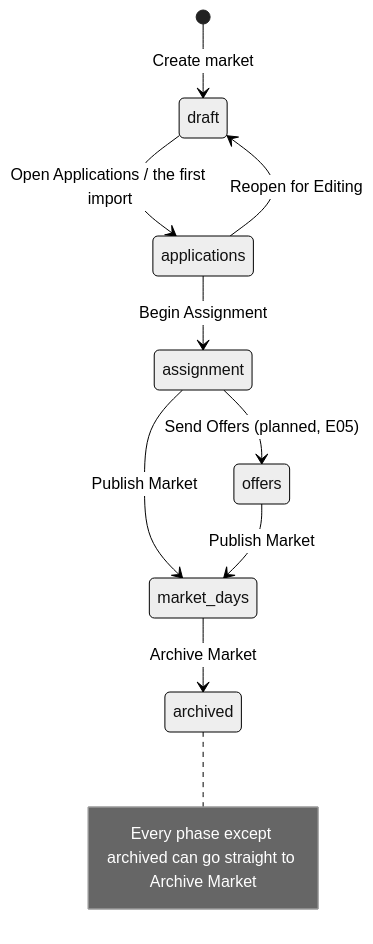
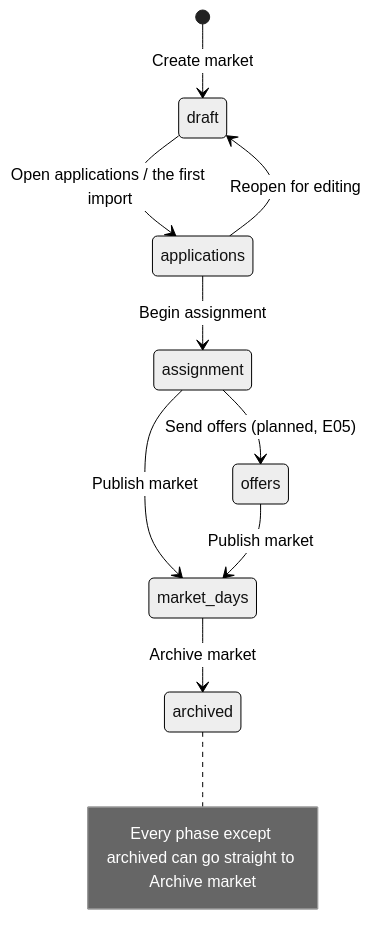
One commit to chanjdaniel/Conventioner changed the diagram in docs/business/flows/lifecycle.md. Above: the diagram before and after it, drawn with Mermaid (neutral theme). The commit also changed other lines of this file and 78 other files, not shown here.

First line of the commit message:
fix: name every phase move and Publish results in sentence case

````diff
--- a/docs/business/flows/lifecycle.md
+++ b/docs/business/flows/lifecycle.md
@@ -51,12 +51,12 @@
 ```mermaid
 stateDiagram-v2
     [*] --> draft : Create market
-    draft --> applications : Open Applications / the first import
-    applications --> draft : Reopen for Editing
-    applications --> assignment : Begin Assignment
-    assignment --> market_days : Publish Market
-    assignment --> offers : Send Offers (planned, E05)
-    offers --> market_days : Publish Market
-    market_days --> archived : Archive Market
-    note right of archived : Every phase except archived can go straight to Archive Market
+    draft --> applications : Open applications / the first import
+    applications --> draft : Reopen for editing
+    applications --> assignment : Begin assignment
+    assignment --> market_days : Publish market
+    assignment --> offers : Send offers (planned, E05)
+    offers --> market_days : Publish market
+    market_days --> archived : Archive market
+    note right of archived : Every phase except archived can go straight to Archive market
 ```
````
